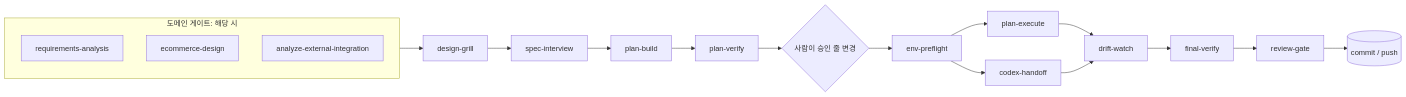
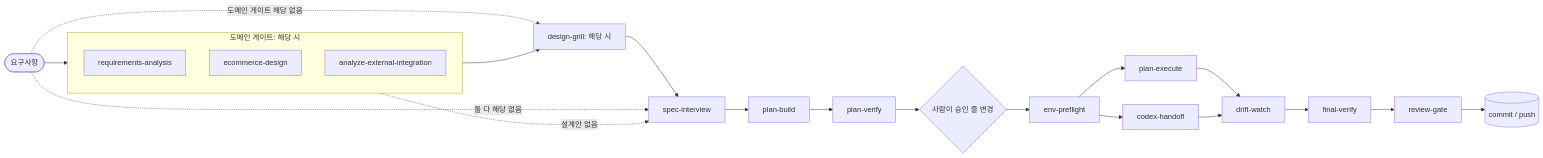
The diagram in README.md (iohyeon/contract-first-harness), drawn with Mermaid before and after one commit. The commit also changed other lines of this file and 1 other file, not shown here.

First line of the commit message:
docs: ground README in real incidents, mark optional steps, add timeline

````diff
--- a/README.md
+++ b/README.md
@@ -11,21 +11,25 @@
 ```mermaid
 flowchart LR
   subgraph D[도메인 게이트: 해당 시]
     RA[requirements-analysis]
     EC[ecommerce-design]
     AI[analyze-external-integration]
   end
-  D --> G[design-grill]
+  Q([요구사항]) --> D
+  D --> G[design-grill: 해당 시]
+  Q -. 도메인 게이트 해당 없음 .-> G
   G --> S[spec-interview]
+  D -. 설계안 없음 .-> S
+  Q -. 둘 다 해당 없음 .-> S
   S --> B[plan-build]
   B --> V[plan-verify]
   V --> H{사람이 승인 줄 변경}
   H --> P[env-preflight]
   P --> E[plan-execute]
   P --> C[codex-handoff]
   E --> W[drift-watch]
   C --> W
   W --> F[final-verify]
   F --> R[review-gate]
   R --> K[(commit / push)]
 ```
````
